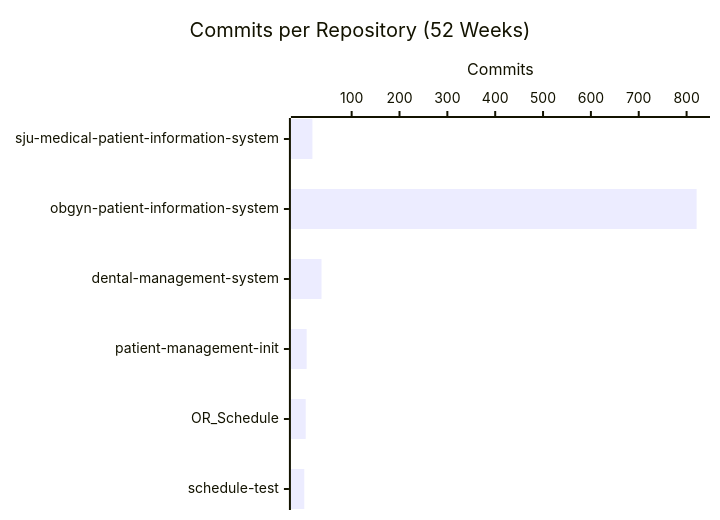
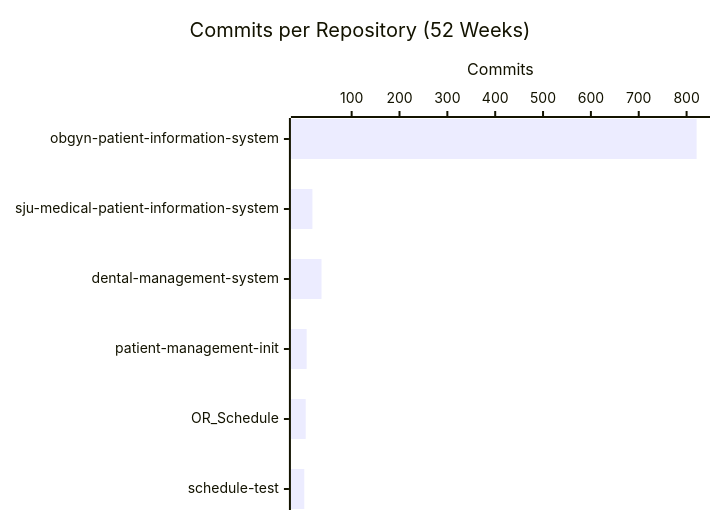
Before and after one commit to CSTH-Projects/.github: the second of 4 diagrams in profile/README.md, drawn with Mermaid. The commit also changed other lines of this file, not shown here.

````diff
--- a/profile/README.md
+++ b/profile/README.md
@@ -24,7 +24,7 @@
 ```mermaid
 xychart-beta horizontal
     title "Commits per Repository (52 Weeks)"
-    x-axis ["sju-medical-patient-information-system", "obgyn-patient-information-system", "dental-management-system", "patient-management-init", "OR_Schedule", "schedule-test"]
+    x-axis ["obgyn-patient-information-system", "sju-medical-patient-information-system", "dental-management-system", "patient-management-init", "OR_Schedule", "schedule-test"]
     y-axis "Commits"
-    bar [18, 821, 37, 6, 4, 1]
+    bar [821, 18, 37, 6, 4, 1]
 ```
````
